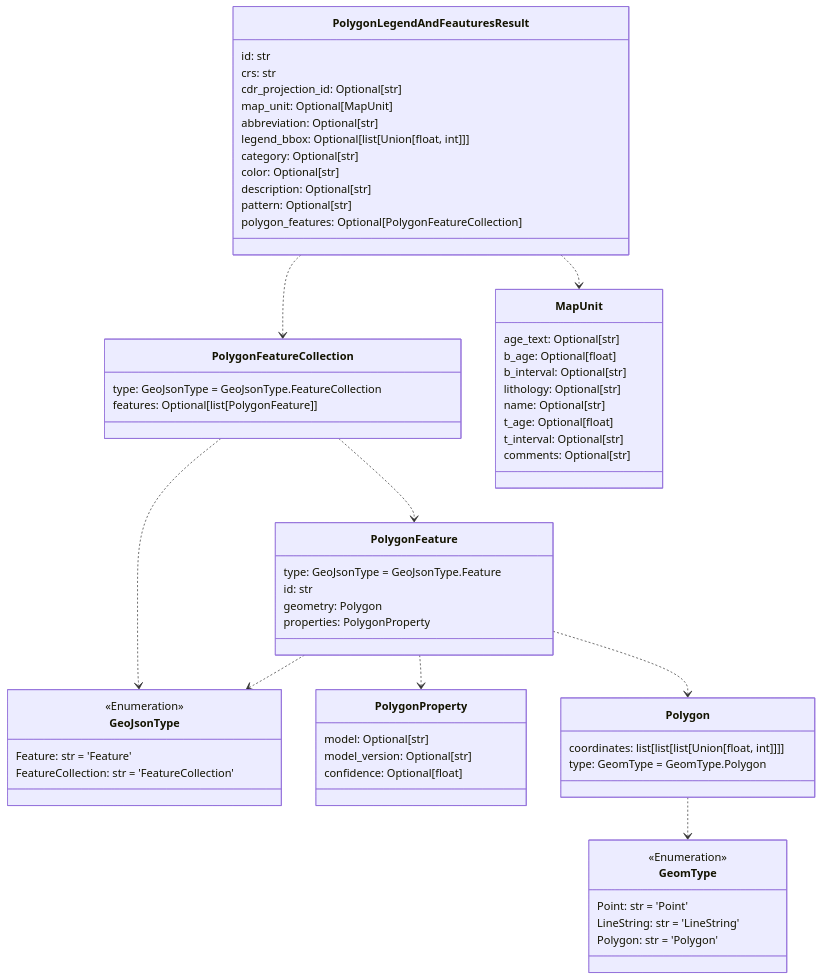
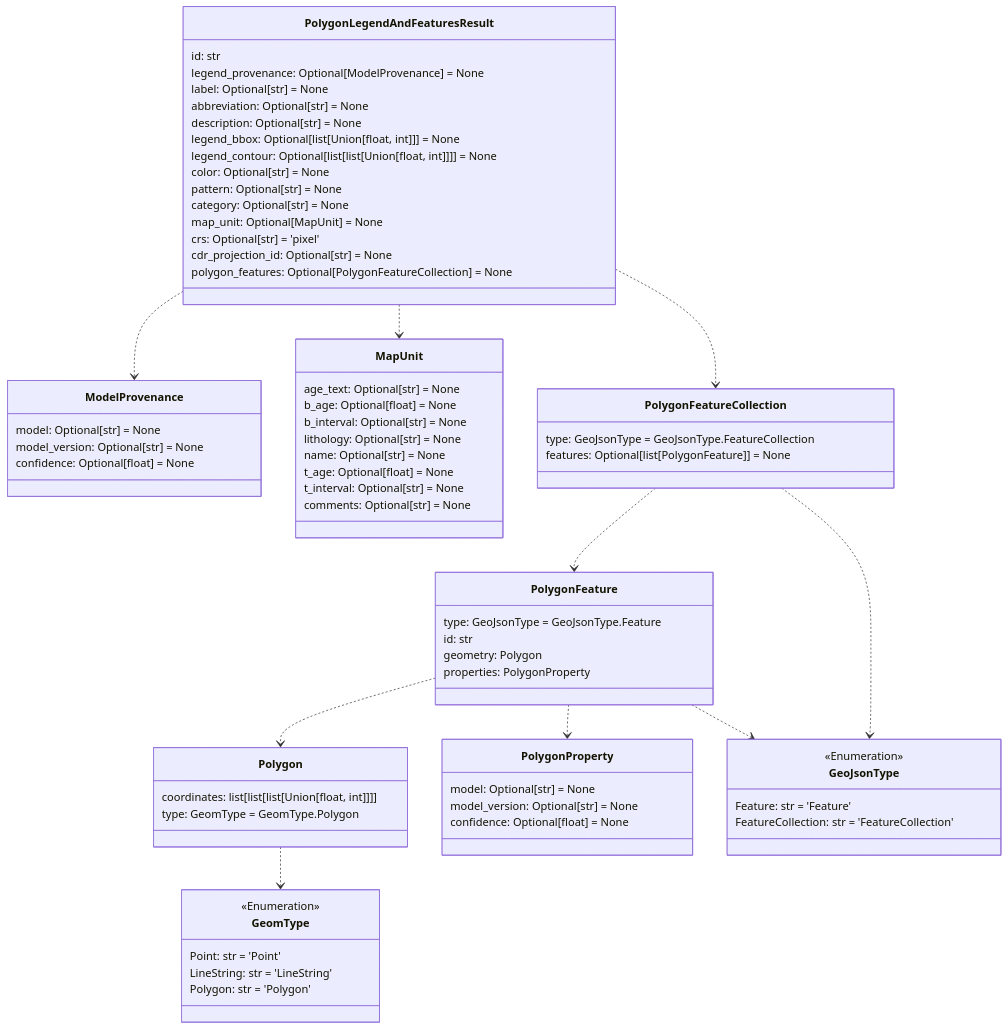
One commit to DARPA-CRITICALMAAS/cdr_schemas changed the seventh of 12 diagrams in README.md. Above: the diagram before and after it, drawn with Mermaid. The commit also changed other lines of this file and 7 other files, not shown here.

````diff
--- a/README.md
+++ b/README.md
@@ -488,11 +520,48 @@
 ```mermaid
 classDiagram
 
-    class GeomType {
-        <<Enumeration>>
-        Point: str = 'Point'
-        LineString: str = 'LineString'
-        Polygon: str = 'Polygon'
+    class ModelProvenance {
+        model: Optional[str] = None
+        model_version: Optional[str] = None
+        confidence: Optional[float] = None
+    }
+
+    class MapUnit {
+        age_text: Optional[str] = None
+        b_age: Optional[float] = None
+        b_interval: Optional[str] = None
+        lithology: Optional[str] = None
+        name: Optional[str] = None
+        t_age: Optional[float] = None
+        t_interval: Optional[str] = None
+        comments: Optional[str] = None
+    }
+
+    class Polygon {
+        coordinates: list[list[list[Union[float, int]]]]
+        type: GeomType = GeomType.Polygon
+    }
+
+    class PolygonLegendAndFeaturesResult {
+        id: str
+        legend_provenance: Optional[ModelProvenance] = None
+        label: Optional[str] = None
+        abbreviation: Optional[str] = None
+        description: Optional[str] = None
+        legend_bbox: Optional[list[Union[float, int]]] = None
+        legend_contour: Optional[list[list[Union[float, int]]]] = None
+        color: Optional[str] = None
+        pattern: Optional[str] = None
+        category: Optional[str] = None
+        map_unit: Optional[MapUnit] = None
+        crs: Optional[str] = 'pixel'
+        cdr_projection_id: Optional[str] = None
+        polygon_features: Optional[PolygonFeatureCollection] = None
+    }
+
+    class PolygonFeatureCollection {
+        type: GeoJsonType = GeoJsonType.FeatureCollection
+        features: Optional[list[PolygonFeature]] = None
     }
 
     class PolygonFeature {
@@ -502,18 +571,17 @@
         properties: PolygonProperty
     }
 
-    class PolygonLegendAndFeauturesResult {
-        id: str
-        crs: str
-        cdr_projection_id: Optional[str]
-        map_unit: Optional[MapUnit]
-        abbreviation: Optional[str]
-        legend_bbox: Optional[list[Union[float, int]]]
-        category: Optional[str]
-        color: Optional[str]
-        description: Optional[str]
-        pattern: Optional[str]
-        polygon_features: Optional[PolygonFeatureCollection]
+    class PolygonProperty {
+        model: Optional[str] = None
+        model_version: Optional[str] = None
+        confidence: Optional[float] = None
+    }
+
+    class GeomType {
+        <<Enumeration>>
+        Point: str = 'Point'
+        LineString: str = 'LineString'
+        Polygon: str = 'Polygon'
     }
 
     class GeoJsonType {
@@ -522,41 +590,15 @@
         FeatureCollection: str = 'FeatureCollection'
     }
 
-    class PolygonFeatureCollection {
-        type: GeoJsonType = GeoJsonType.FeatureCollection
-        features: Optional[list[PolygonFeature]]
-    }
-
-    class PolygonProperty {
-        model: Optional[str]
-        model_version: Optional[str]
-        confidence: Optional[float]
-    }
-
-    class Polygon {
-        coordinates: list[list[list[Union[float, int]]]]
-        type: GeomType = GeomType.Polygon
-    }
-
-    class MapUnit {
-        age_text: Optional[str]
-        b_age: Optional[float]
-        b_interval: Optional[str]
-        lithology: Optional[str]
-        name: Optional[str]
-        t_age: Optional[float]
-        t_interval: Optional[str]
-        comments: Optional[str]
-    }
-
     Polygon ..> GeomType
     PolygonFeature ..> PolygonProperty
+    PolygonFeature ..> Polygon
     PolygonFeature ..> GeoJsonType
-    PolygonFeature ..> Polygon
+    PolygonFeatureCollection ..> PolygonFeature
     PolygonFeatureCollection ..> GeoJsonType
-    PolygonFeatureCollection ..> PolygonFeature
-    PolygonLegendAndFeauturesResult ..> PolygonFeatureCollection
-    PolygonLegendAndFeauturesResult ..> MapUnit
+    PolygonLegendAndFeaturesResult ..> ModelProvenance
+    PolygonLegendAndFeaturesResult ..> PolygonFeatureCollection
+    PolygonLegendAndFeaturesResult ..> MapUnit
 
 
 ```
````
